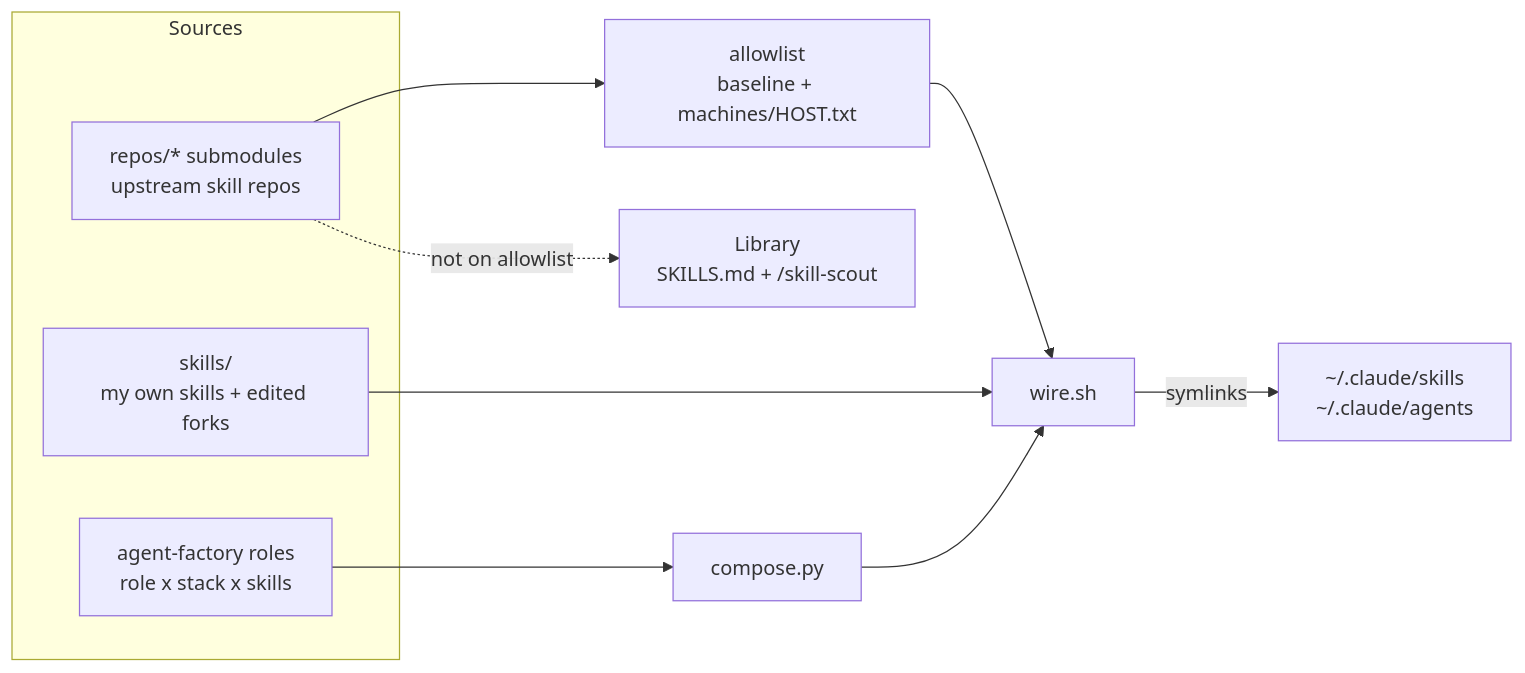
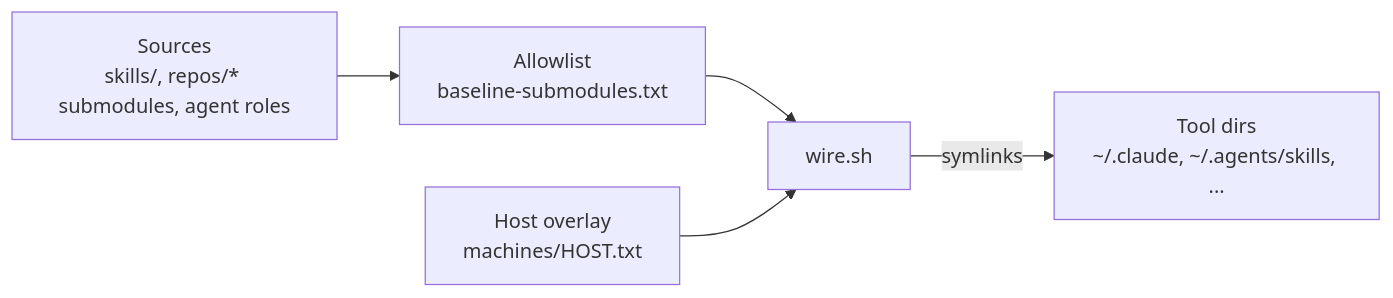
One commit to oneafrikan/the-grid changed the diagram in README.md. Above: the diagram before and after it, drawn with Mermaid. The commit also changed other lines of this file and 3 other files, not shown here.

````diff
--- a/README.md
+++ b/README.md
@@ -80,16 +87,7 @@
 ```mermaid
 flowchart LR
-  subgraph Sources
-    R["repos/* submodules<br/>upstream skill repos"]
-    S["skills/<br/>my own skills + edited forks"]
-    A["agent-factory roles<br/>role x stack x skills"]
-  end
-  M["allowlist<br/>baseline + machines/HOST.txt"]
-  C[compose.py]
-  W[wire.sh]
-  R --> M --> W
-  S --> W
-  A --> C --> W
-  W -->|symlinks| K["~/.claude/skills<br/>~/.claude/agents"]
-  R -. not on allowlist .-> L["Library<br/>SKILLS.md + /skill-scout"]
+  S["Sources<br/>skills/, repos/* submodules, agent roles"] --> A["Allowlist<br/>baseline-submodules.txt"]
+  A --> W[wire.sh]
+  H["Host overlay<br/>machines/HOST.txt"] --> W
+  W -->|symlinks| T["Tool dirs<br/>~/.claude, ~/.agents/skills, ..."]
 ```
````
